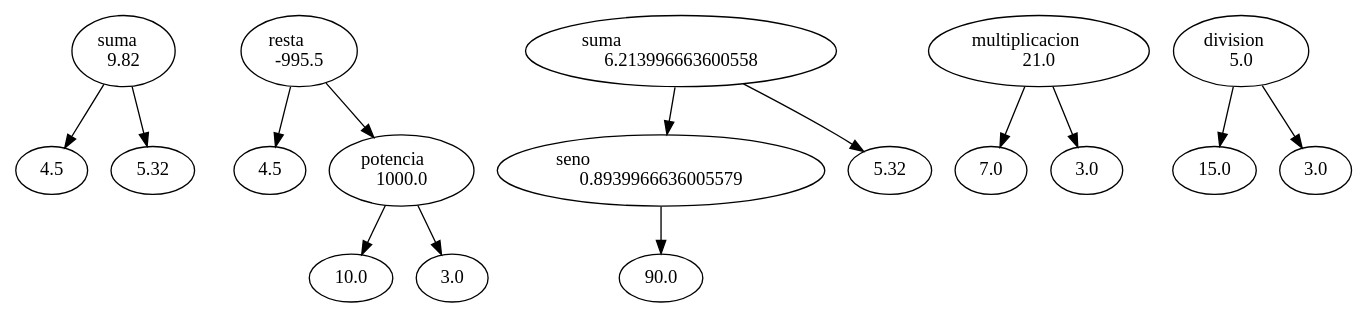
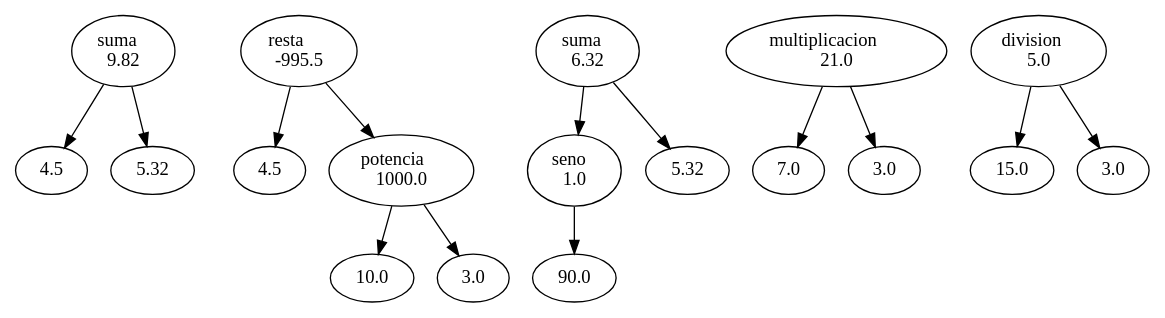
One commit to Fernando-Ibarra/LFP_S2_2023_Proyecto1_202110531 changed the diagram in graphs.gv. Above: the diagram before and after it, drawn with Graphviz. The commit also changed 1 other file, not shown here.

```diff
--- a/graphs.gv
+++ b/graphs.gv
@@ -1,33 +1,33 @@
 digraph Operaciones {
 	B0 [label="suma\l9.82"]
 	B1 [label=4.5]
 	B0 -> B1
 	B2 [label=5.32]
 	B0 -> B2
 	B3 [label="resta\l-995.5"]
 	B4 [label=4.5]
 	B3 -> B4
 	B5 [label="potencia\l1000.0"]
 	B6 [label=10.0]
 	B5 -> B6
 	B7 [label=3.0]
 	B5 -> B7
 	B3 -> B5
-	B8 [label="suma\l6.213996663600558"]
-	B9 [label="seno\l0.8939966636005579"]
+	B8 [label="suma\l6.32"]
+	B9 [label="seno\l1.0"]
 	B10 [label=90.0]
 	B9 -> B10
 	B8 -> B9
 	B11 [label=5.32]
 	B8 -> B11
 	B12 [label="multiplicacion\l21.0"]
 	B13 [label=7.0]
 	B12 -> B13
 	B14 [label=3.0]
 	B12 -> B14
 	B15 [label="division\l5.0"]
 	B16 [label=15.0]
 	B15 -> B16
 	B17 [label=3.0]
 	B15 -> B17
 }
```
